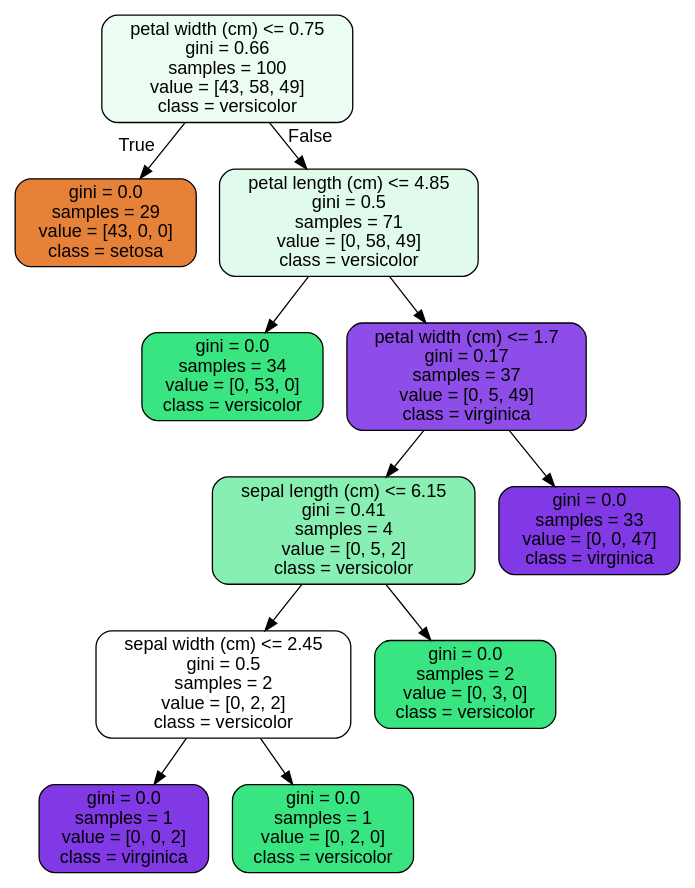
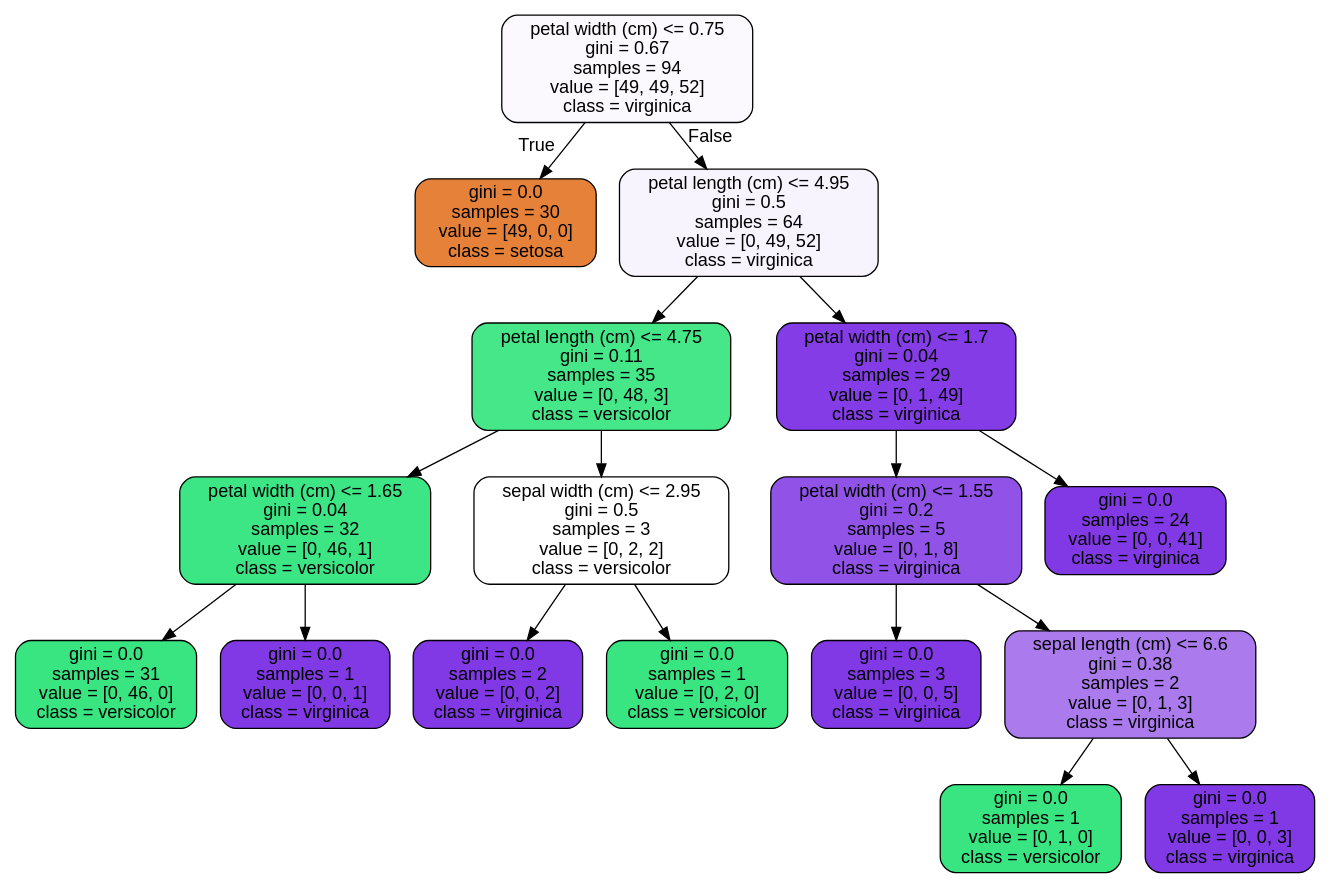
The diagram in Unit14_SupervisedLearning/14.4 RandomForest Covid Case Study/tree.dot (divzueri/Springboard), drawn with Graphviz before and after one commit. The commit also changed 3 other files, not shown here.

```diff
--- a/Unit14_SupervisedLearning/14.4 RandomForest Covid Case Study/tree.dot
+++ b/Unit14_SupervisedLearning/14.4 RandomForest Covid Case Study/tree.dot
@@ -1,25 +1,37 @@
 digraph Tree {
 node [shape=box, style="filled, rounded", color="black", fontname=helvetica] ;
 edge [fontname=helvetica] ;
-0 [label="petal width (cm) <= 0.75\ngini = 0.66\nsamples = 100\nvalue = [43, 58, 49]\nclass = versicolor", fillcolor="#edfdf4"] ;
-1 [label="gini = 0.0\nsamples = 29\nvalue = [43, 0, 0]\nclass = setosa", fillcolor="#e58139"] ;
+0 [label="petal width (cm) <= 0.75\ngini = 0.67\nsamples = 94\nvalue = [49, 49, 52]\nclass = virginica", fillcolor="#fbf9fe"] ;
+1 [label="gini = 0.0\nsamples = 30\nvalue = [49, 0, 0]\nclass = setosa", fillcolor="#e58139"] ;
 0 -> 1 [labeldistance=2.5, labelangle=45, headlabel="True"] ;
-2 [label="petal length (cm) <= 4.85\ngini = 0.5\nsamples = 71\nvalue = [0, 58, 49]\nclass = versicolor", fillcolor="#e0fbeb"] ;
+2 [label="petal length (cm) <= 4.95\ngini = 0.5\nsamples = 64\nvalue = [0, 49, 52]\nclass = virginica", fillcolor="#f8f4fe"] ;
 0 -> 2 [labeldistance=2.5, labelangle=-45, headlabel="False"] ;
-3 [label="gini = 0.0\nsamples = 34\nvalue = [0, 53, 0]\nclass = versicolor", fillcolor="#39e581"] ;
+3 [label="petal length (cm) <= 4.75\ngini = 0.11\nsamples = 35\nvalue = [0, 48, 3]\nclass = versicolor", fillcolor="#45e789"] ;
 2 -> 3 ;
-4 [label="petal width (cm) <= 1.7\ngini = 0.17\nsamples = 37\nvalue = [0, 5, 49]\nclass = virginica", fillcolor="#8e4de8"] ;
-2 -> 4 ;
-5 [label="sepal length (cm) <= 6.15\ngini = 0.41\nsamples = 4\nvalue = [0, 5, 2]\nclass = versicolor", fillcolor="#88efb3"] ;
+4 [label="petal width (cm) <= 1.65\ngini = 0.04\nsamples = 32\nvalue = [0, 46, 1]\nclass = versicolor", fillcolor="#3de684"] ;
+3 -> 4 ;
+5 [label="gini = 0.0\nsamples = 31\nvalue = [0, 46, 0]\nclass = versicolor", fillcolor="#39e581"] ;
 4 -> 5 ;
-6 [label="sepal width (cm) <= 2.45\ngini = 0.5\nsamples = 2\nvalue = [0, 2, 2]\nclass = versicolor", fillcolor="#ffffff"] ;
-5 -> 6 ;
-7 [label="gini = 0.0\nsamples = 1\nvalue = [0, 0, 2]\nclass = virginica", fillcolor="#8139e5"] ;
-6 -> 7 ;
-8 [label="gini = 0.0\nsamples = 1\nvalue = [0, 2, 0]\nclass = versicolor", fillcolor="#39e581"] ;
-6 -> 8 ;
-9 [label="gini = 0.0\nsamples = 2\nvalue = [0, 3, 0]\nclass = versicolor", fillcolor="#39e581"] ;
-5 -> 9 ;
-10 [label="gini = 0.0\nsamples = 33\nvalue = [0, 0, 47]\nclass = virginica", fillcolor="#8139e5"] ;
-4 -> 10 ;
+6 [label="gini = 0.0\nsamples = 1\nvalue = [0, 0, 1]\nclass = virginica", fillcolor="#8139e5"] ;
+4 -> 6 ;
+7 [label="sepal width (cm) <= 2.95\ngini = 0.5\nsamples = 3\nvalue = [0, 2, 2]\nclass = versicolor", fillcolor="#ffffff"] ;
+3 -> 7 ;
+8 [label="gini = 0.0\nsamples = 2\nvalue = [0, 0, 2]\nclass = virginica", fillcolor="#8139e5"] ;
+7 -> 8 ;
+9 [label="gini = 0.0\nsamples = 1\nvalue = [0, 2, 0]\nclass = versicolor", fillcolor="#39e581"] ;
+7 -> 9 ;
+10 [label="petal width (cm) <= 1.7\ngini = 0.04\nsamples = 29\nvalue = [0, 1, 49]\nclass = virginica", fillcolor="#843de6"] ;
+2 -> 10 ;
+11 [label="petal width (cm) <= 1.55\ngini = 0.2\nsamples = 5\nvalue = [0, 1, 8]\nclass = virginica", fillcolor="#9152e8"] ;
+10 -> 11 ;
+12 [label="gini = 0.0\nsamples = 3\nvalue = [0, 0, 5]\nclass = virginica", fillcolor="#8139e5"] ;
+11 -> 12 ;
+13 [label="sepal length (cm) <= 6.6\ngini = 0.38\nsamples = 2\nvalue = [0, 1, 3]\nclass = virginica", fillcolor="#ab7bee"] ;
+11 -> 13 ;
+14 [label="gini = 0.0\nsamples = 1\nvalue = [0, 1, 0]\nclass = versicolor", fillcolor="#39e581"] ;
+13 -> 14 ;
+15 [label="gini = 0.0\nsamples = 1\nvalue = [0, 0, 3]\nclass = virginica", fillcolor="#8139e5"] ;
+13 -> 15 ;
+16 [label="gini = 0.0\nsamples = 24\nvalue = [0, 0, 41]\nclass = virginica", fillcolor="#8139e5"] ;
+10 -> 16 ;
 }
```
